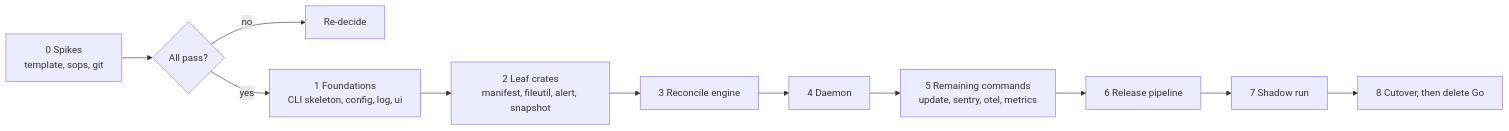
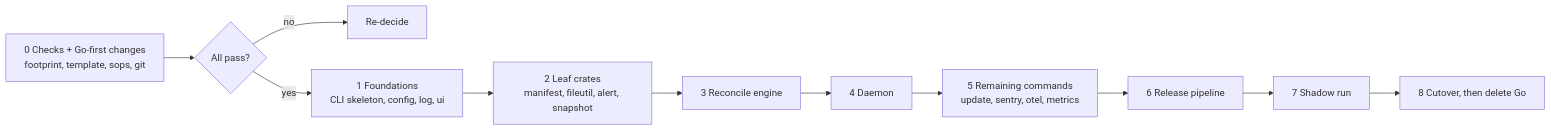
One commit to cameronsjo/bosun changed the diagram in docs/plans/2026-11-26-rust-rewrite.md. Above: the diagram before and after it, drawn with Mermaid. The commit also changed other lines of this file and 1 other file, not shown here.

````diff
--- a/docs/plans/2026-11-26-rust-rewrite.md
+++ b/docs/plans/2026-11-26-rust-rewrite.md
@@ -224,13 +338,13 @@
 ```mermaid
 flowchart LR
-  P0[0 Spikes<br/>template, sops, git] --> G{All pass?}
+  P0[0 Checks + Go-first changes<br/>footprint, template, sops, git] --> G{All pass?}
   G -- no --> R[Re-decide]
   G -- yes --> P1[1 Foundations<br/>CLI skeleton, config, log, ui]
   P1 --> P2[2 Leaf crates<br/>manifest, fileutil, alert, snapshot]
   P2 --> P3[3 Reconcile engine]
   P3 --> P4[4 Daemon]
   P4 --> P5[5 Remaining commands<br/>update, sentry, otel, metrics]
   P5 --> P6[6 Release pipeline]
   P6 --> P7[7 Shadow run]
   P7 --> P8[8 Cutover, then delete Go]
 ```
````
